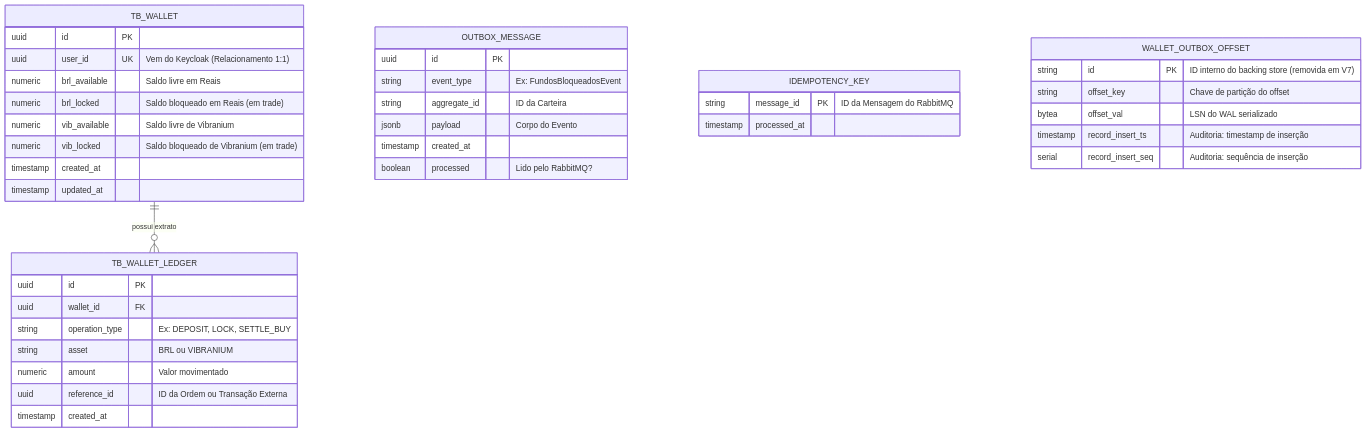
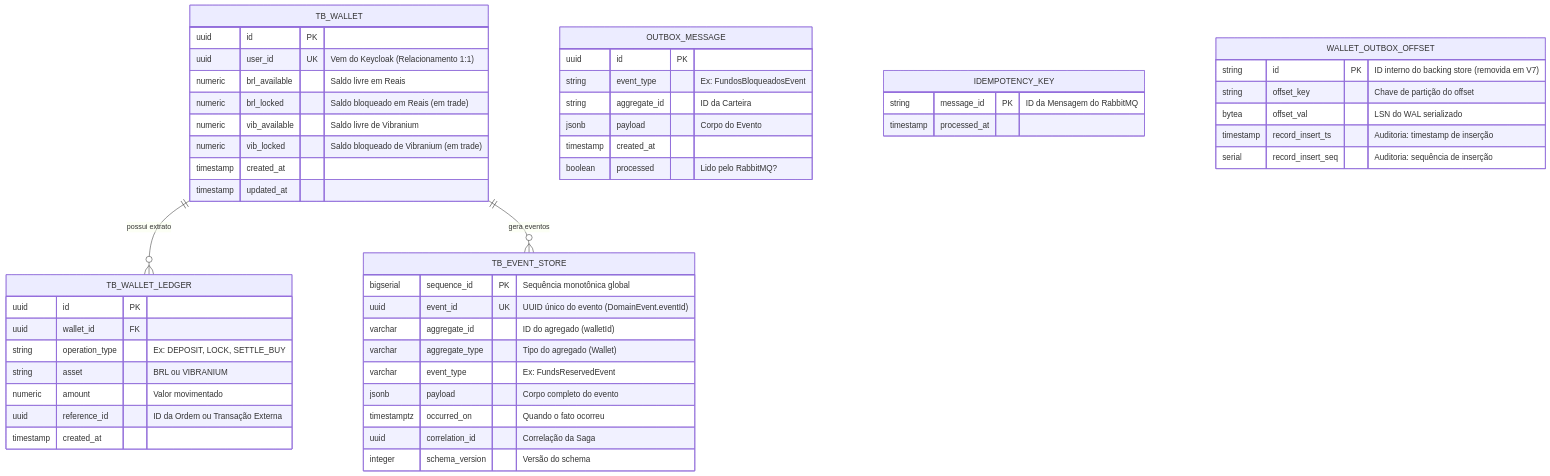
The diagram in docs/database/modelagem-banco-wallet.md (ErikZA/offer-book-java), drawn with Mermaid before and after one commit. The commit also changed other lines of this file and 19 other files, not shown here.

First line of the commit message:
feat(wallet-service): add append-only Event Store for audit and compliance (AT-14)

````diff
--- a/docs/database/modelagem-banco-wallet.md
+++ b/docs/database/modelagem-banco-wallet.md
@@ -9,47 +9,60 @@
 ```mermaid
 erDiagram
     TB_WALLET ||--o{ TB_WALLET_LEDGER : "possui extrato"
+    TB_WALLET ||--o{ TB_EVENT_STORE : "gera eventos"
     TB_WALLET {
         uuid id PK
         uuid user_id UK "Vem do Keycloak (Relacionamento 1:1)"
         numeric brl_available "Saldo livre em Reais"
         numeric brl_locked "Saldo bloqueado em Reais (em trade)"
         numeric vib_available "Saldo livre de Vibranium"
         numeric vib_locked "Saldo bloqueado de Vibranium (em trade)"
         timestamp created_at
         timestamp updated_at
     }
 
     TB_WALLET_LEDGER {
         uuid id PK
         uuid wallet_id FK
         string operation_type "Ex: DEPOSIT, LOCK, SETTLE_BUY"
         string asset "BRL ou VIBRANIUM"
         numeric amount "Valor movimentado"
         uuid reference_id "ID da Ordem ou Transação Externa"
         timestamp created_at
     }
 
     OUTBOX_MESSAGE {
         uuid id PK
         string event_type "Ex: FundosBloqueadosEvent"
         string aggregate_id "ID da Carteira"
         jsonb payload "Corpo do Evento"
         timestamp created_at
         boolean processed "Lido pelo RabbitMQ?"
     }
 
     IDEMPOTENCY_KEY {
         string message_id PK "ID da Mensagem do RabbitMQ"
         timestamp processed_at
     }
 
+    TB_EVENT_STORE {
+        bigserial sequence_id PK "Sequência monotônica global"
+        uuid event_id UK "UUID único do evento (DomainEvent.eventId)"
+        varchar aggregate_id "ID do agregado (walletId)"
+        varchar aggregate_type "Tipo do agregado (Wallet)"
+        varchar event_type "Ex: FundsReservedEvent"
+        jsonb payload "Corpo completo do evento"
+        timestamptz occurred_on "Quando o fato ocorreu"
+        uuid correlation_id "Correlação da Saga"
+        integer schema_version "Versão do schema"
+    }
+
     WALLET_OUTBOX_OFFSET {
         string id PK "ID interno do backing store (removida em V7)"
         string offset_key "Chave de partição do offset"
         bytea offset_val "LSN do WAL serializado"
         timestamp record_insert_ts "Auditoria: timestamp de inserção"
         serial record_insert_seq "Auditoria: sequência de inserção"
     }
 
 ```
````
